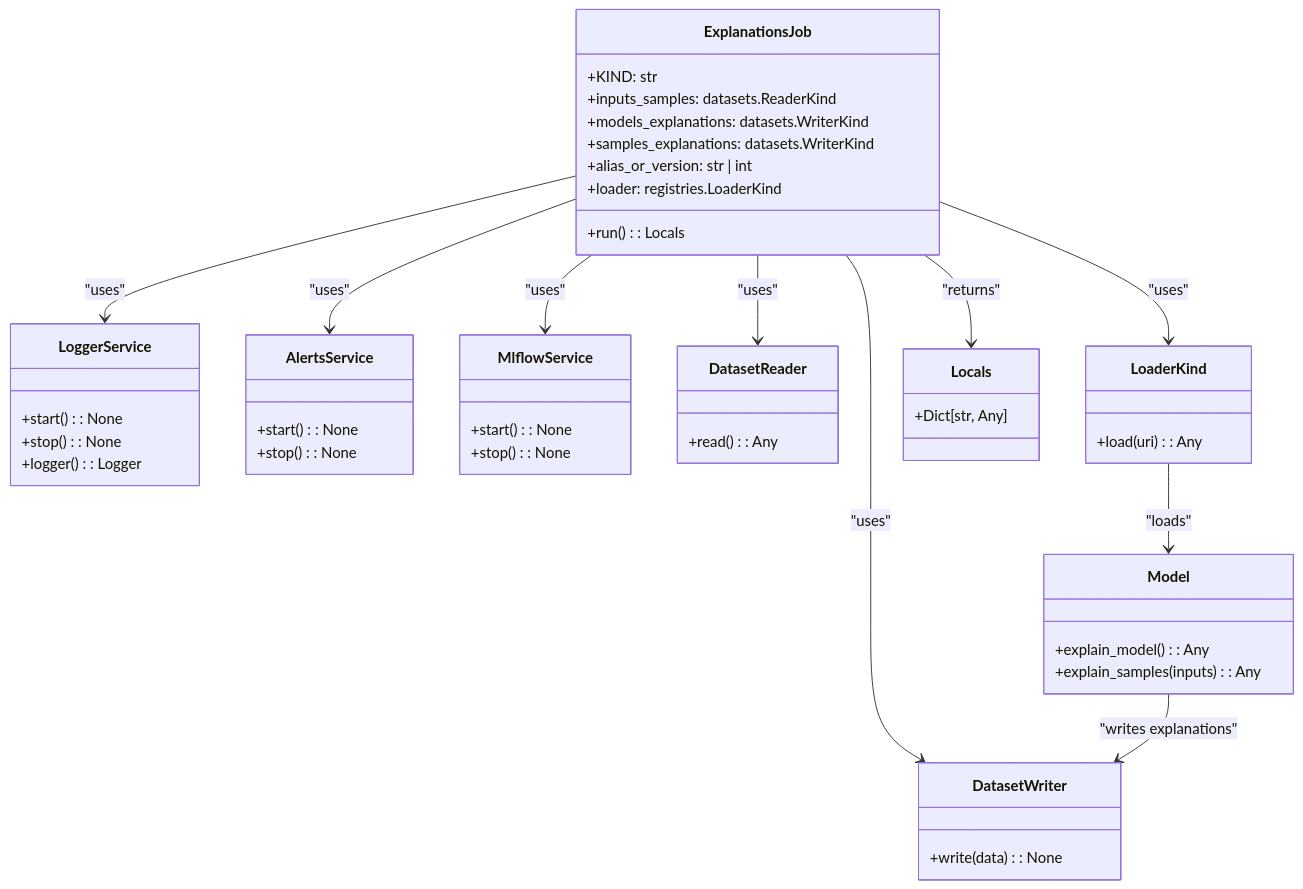
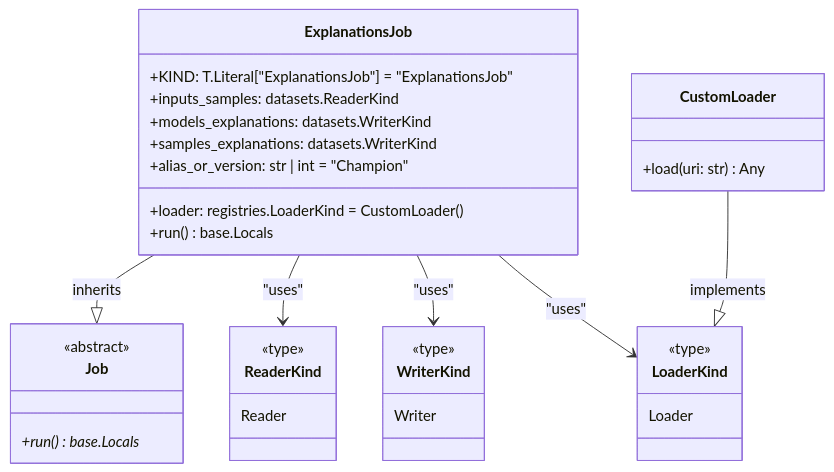
Before and after one commit to lgcorzo/mlops-python-package: the diagram in Documents/Explanations_stories.md, drawn with Mermaid. The commit also changed other lines of this file and 21 other files, not shown here.

````diff
--- a/Documents/Explanations_stories.md
+++ b/Documents/Explanations_stories.md
@@ -22,60 +22,42 @@
 ```mermaid
 classDiagram
     class ExplanationsJob {
-        +KIND: str
+        +KIND: T.Literal["ExplanationsJob"] = "ExplanationsJob"
         +inputs_samples: datasets.ReaderKind
         +models_explanations: datasets.WriterKind
         +samples_explanations: datasets.WriterKind
-        +alias_or_version: str | int
-        +loader: registries.LoaderKind
-        +run() : Locals
+        +alias_or_version: str | int = "Champion"
+        +loader: registries.LoaderKind = CustomLoader()
+        +run() base.Locals
     }
 
-    class LoggerService {
-        +start() : None
-        +stop() : None
-        +logger() : Logger
+    class Job {
+        <<abstract>>
+        +run()* base.Locals
+    }
+    ExplanationsJob --|> Job : inherits
+
+    class ReaderKind {
+        <<type>>
+        Reader
     }
 
-    class AlertsService {
-        +start() : None
-        +stop() : None
-    }
-
-    class MlflowService {
-        +start() : None
-        +stop() : None
-    }
-
-    class DatasetReader {
-        +read() : Any
-    }
-
-    class DatasetWriter {
-        +write(data) : None
+    class WriterKind {
+        <<type>>
+        Writer
     }
 
     class LoaderKind {
-        +load(uri) : Any
+        <<type>>
+        Loader
     }
 
-    class Model {
-        +explain_model() : Any
-        +explain_samples(inputs) : Any
+    class CustomLoader {
+        +load(uri: str) Any
     }
+    CustomLoader --|> LoaderKind : implements
 
-    class Locals {
-        +Dict[str, Any]
-    }
-
-    ExplanationsJob --> LoggerService : "uses"
-    ExplanationsJob --> AlertsService : "uses"
-    ExplanationsJob --> MlflowService : "uses"
+    ExplanationsJob --> ReaderKind : "uses"
+    ExplanationsJob --> WriterKind : "uses"
     ExplanationsJob --> LoaderKind : "uses"
-    ExplanationsJob --> DatasetReader : "uses"
-    ExplanationsJob --> DatasetWriter : "uses"
-    LoaderKind --> Model : "loads"
-    Model --> DatasetWriter : "writes explanations"
-    ExplanationsJob --> Locals : "returns"
-
 ```
````
